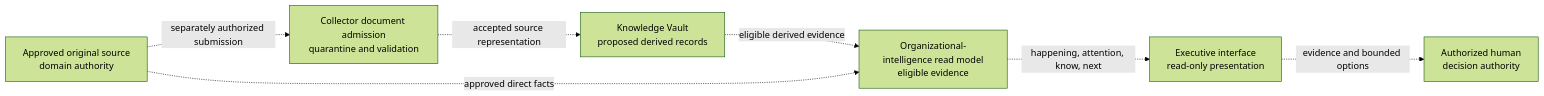
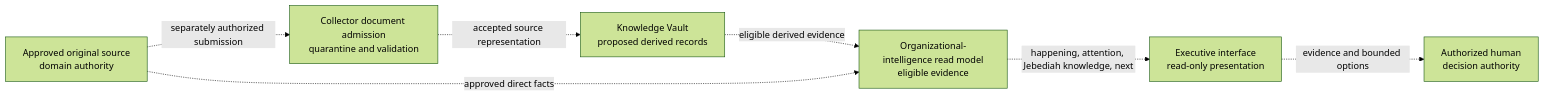
One commit to matthewart100-sys/project-jebediah changed the fifth of 5 diagrams in docs/ARCHITECTURE.md. Above: the diagram before and after it, drawn with Mermaid (forest theme). The commit also changed 4 other files, not shown here.

````diff
--- a/docs/ARCHITECTURE.md
+++ b/docs/ARCHITECTURE.md
@@ -260,16 +260,16 @@
 ```mermaid
 flowchart LR
     Source["Approved original source\ndomain authority"]
     Admission["Collector document admission\nquarantine and validation"]
     Derived["Knowledge Vault\nproposed derived records"]
     ReadModel["Organizational-intelligence read model\neligible evidence"]
     Interface["Executive interface\nread-only presentation"]
     Human["Authorized human\ndecision authority"]
 
     Source -.->|"separately authorized submission"| Admission
     Admission -.->|"accepted source representation"| Derived
     Derived -.->|"eligible derived evidence"| ReadModel
     Source -.->|"approved direct facts"| ReadModel
-    ReadModel -.->|"happening, attention, know, next"| Interface
+    ReadModel -.->|"happening, attention, Jebediah knowledge, next"| Interface
     Interface -.->|"evidence and bounded options"| Human
 ```
````
